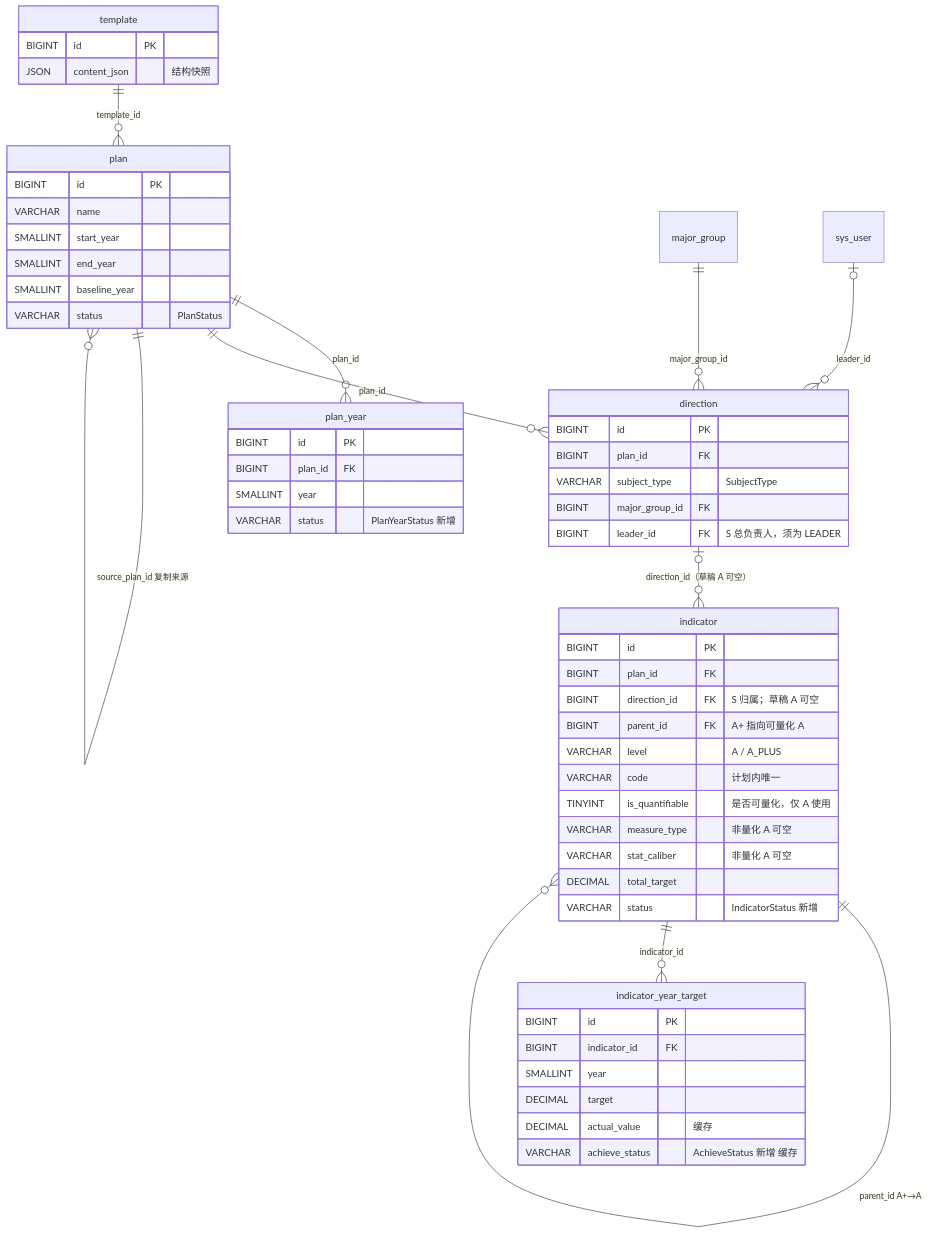
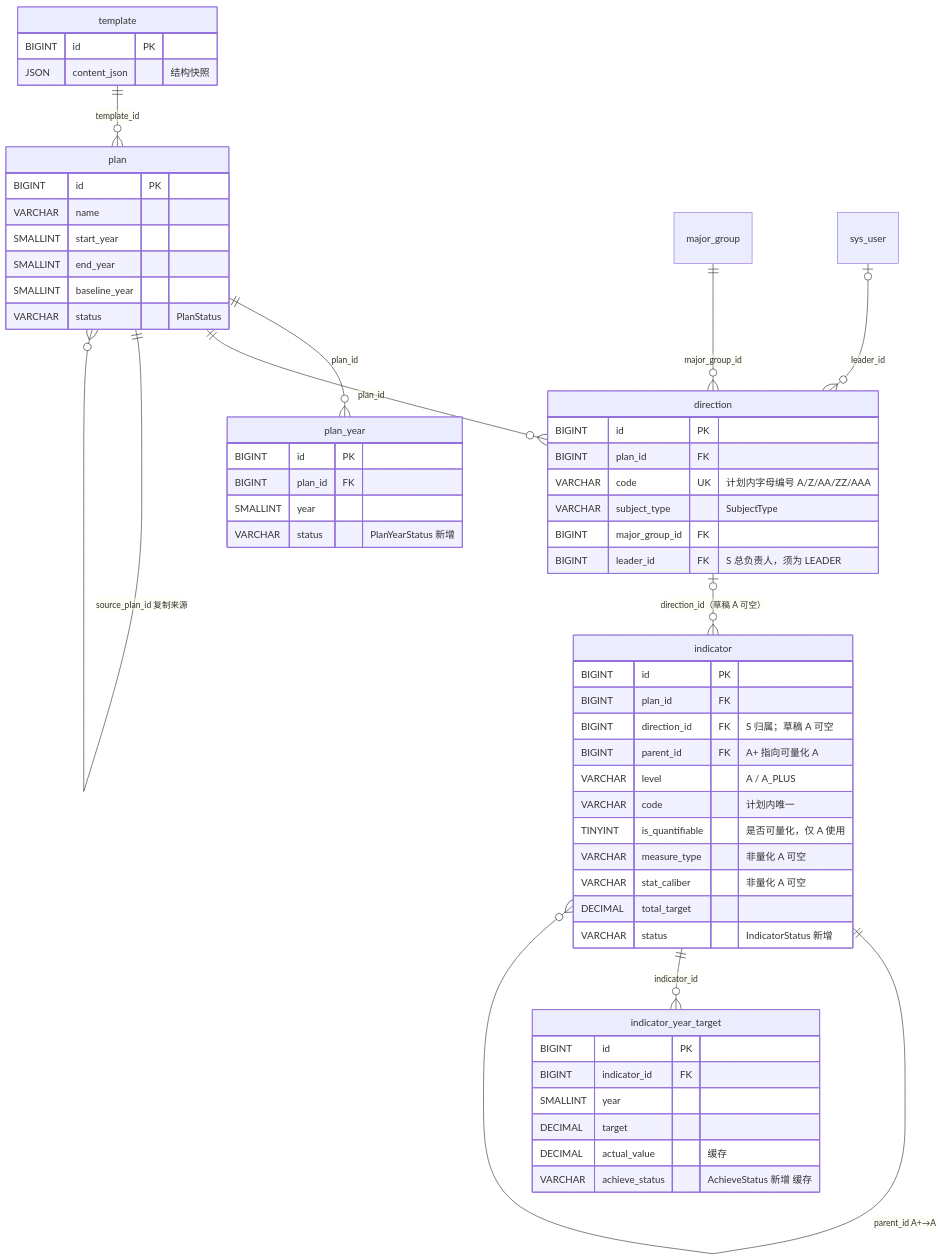
The second of 5 diagrams in docs/数据库设计.md (encoXJH/FR-Five-Year-Plan), drawn with Mermaid before and after one commit. The commit also changed other lines of this file and 117 other files, not shown here.

````diff
--- a/docs/数据库设计.md
+++ b/docs/数据库设计.md
@@ -125,59 +144,60 @@
 ```mermaid
 erDiagram
   plan ||--o{ plan_year : "plan_id"
   plan ||--o{ direction : "plan_id"
   template ||--o{ plan : "template_id"
   plan ||--o{ plan : "source_plan_id 复制来源"
   major_group ||--o{ direction : "major_group_id"
   sys_user |o--o{ direction : "leader_id"
   direction |o--o{ indicator : "direction_id（草稿 A 可空）"
   indicator ||--o{ indicator : "parent_id A+→A"
   indicator ||--o{ indicator_year_target : "indicator_id"
 
   plan {
     BIGINT id PK
     VARCHAR name
     SMALLINT start_year
     SMALLINT end_year
     SMALLINT baseline_year
     VARCHAR status "PlanStatus"
   }
   plan_year {
     BIGINT id PK
     BIGINT plan_id FK
     SMALLINT year
     VARCHAR status "PlanYearStatus 新增"
   }
   template {
     BIGINT id PK
     JSON content_json "结构快照"
   }
   direction {
     BIGINT id PK
     BIGINT plan_id FK
+    VARCHAR code UK "计划内字母编号 A/Z/AA/ZZ/AAA"
     VARCHAR subject_type "SubjectType"
     BIGINT major_group_id FK
     BIGINT leader_id FK "S 总负责人，须为 LEADER"
   }
   indicator {
     BIGINT id PK
     BIGINT plan_id FK
     BIGINT direction_id FK "S 归属；草稿 A 可空"
     BIGINT parent_id FK "A+ 指向可量化 A"
     VARCHAR level "A / A_PLUS"
     VARCHAR code "计划内唯一"
     TINYINT is_quantifiable "是否可量化，仅 A 使用"
     VARCHAR measure_type "非量化 A 可空"
     VARCHAR stat_caliber "非量化 A 可空"
     DECIMAL total_target
     VARCHAR status "IndicatorStatus 新增"
   }
   indicator_year_target {
     BIGINT id PK
     BIGINT indicator_id FK
     SMALLINT year
     DECIMAL target
     DECIMAL actual_value "缓存"
     VARCHAR achieve_status "AchieveStatus 新增 缓存"
   }
 ```
````
